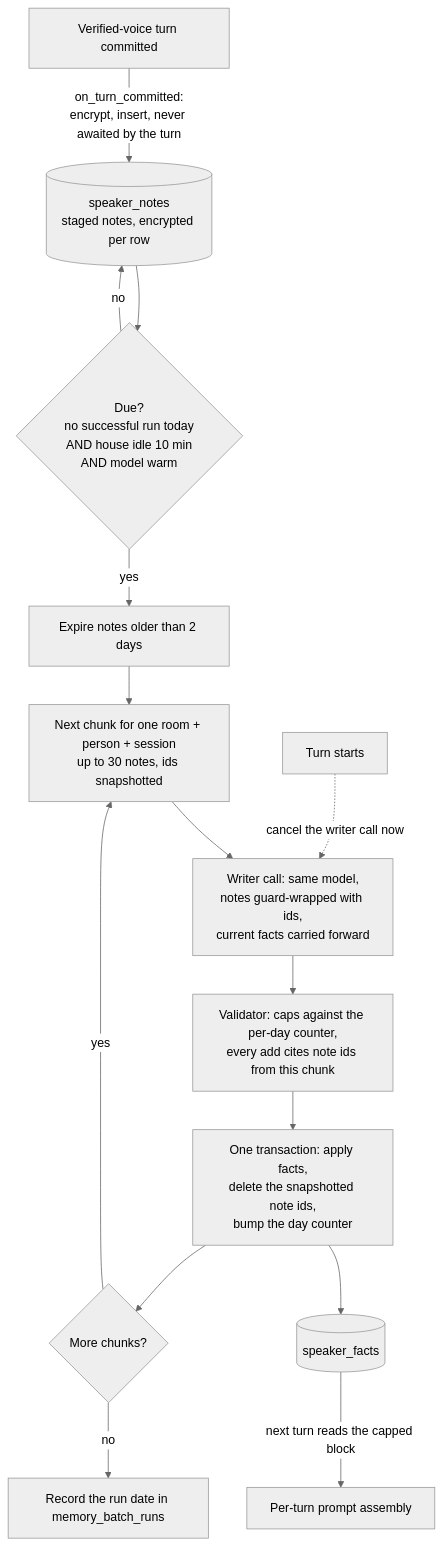
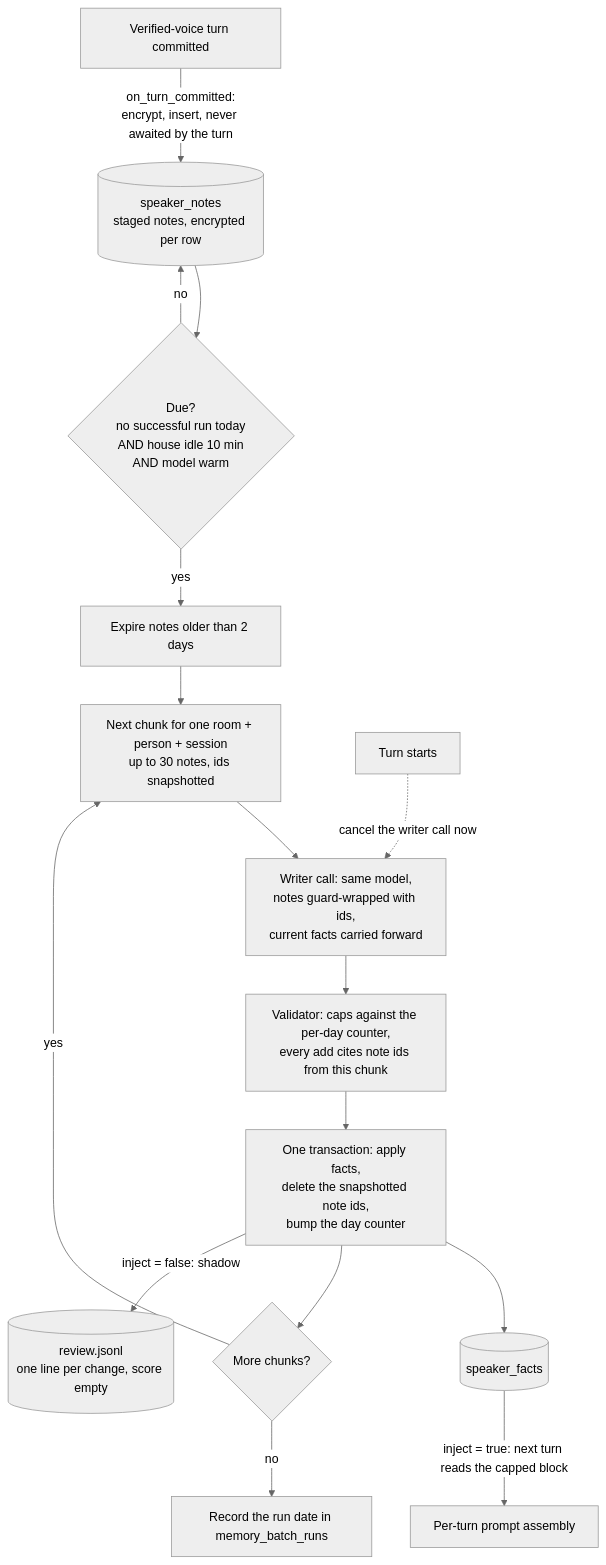
One commit to Qcko/Glados changed the diagram in DESIGN-speaker-memory.md. Above: the diagram before and after it, drawn with Mermaid (neutral theme). The commit also changed other lines of this file and 11 other files, not shown here.

````diff
--- a/DESIGN-speaker-memory.md
+++ b/DESIGN-speaker-memory.md
@@ -27,17 +27,18 @@
 ```mermaid
 flowchart TD
     U[Verified-voice turn committed] -->|on_turn_committed:<br/>encrypt, insert, never awaited by the turn| N[(speaker_notes<br/>staged notes, encrypted per row)]
     N --> D{Due?<br/>no successful run today<br/>AND house idle 10 min<br/>AND model warm}
     D -- no --> N
     D -- yes --> X[Expire notes older than 2 days]
     X --> C[Next chunk for one room + person + session<br/>up to 30 notes, ids snapshotted]
     C --> W[Writer call: same model,<br/>notes guard-wrapped with ids,<br/>current facts carried forward]
     W --> V[Validator: caps against the per-day counter,<br/>every add cites note ids from this chunk]
     V --> A[One transaction: apply facts,<br/>delete the snapshotted note ids,<br/>bump the day counter]
     A --> S[(speaker_facts)]
     A --> M{More chunks?}
     M -- yes --> C
     M -- no --> R[Record the run date in memory_batch_runs]
     T[Turn starts] -.->|cancel the writer call now| W
-    S -->|next turn reads the capped block| I[Per-turn prompt assembly]
+    S -->|inject = true: next turn reads the capped block| I[Per-turn prompt assembly]
+    A -->|inject = false: shadow| J[(review.jsonl<br/>one line per change, score empty)]
 ```
````
